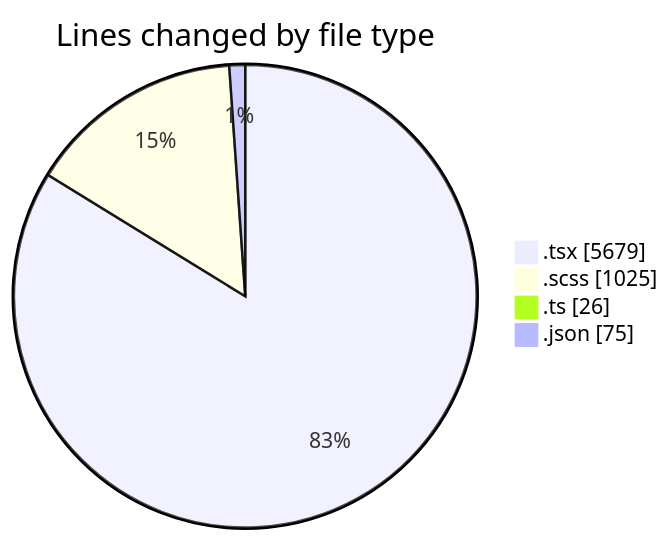
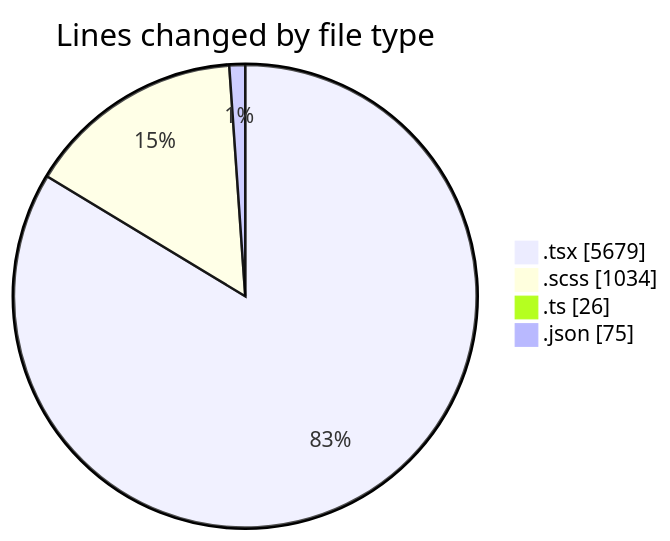
One commit to momahboobian/code-tracking changed the first of 2 diagrams in 2025-04-09/cda/README.md. Above: the diagram before and after it, drawn with Mermaid. The commit also changed other lines of this file and 1 other file, not shown here.

````diff
--- a/2025-04-09/cda/README.md
+++ b/2025-04-09/cda/README.md
@@ -43,8 +43,8 @@
 ```mermaid
 pie showData
 title Lines changed by file type
 ".tsx" : 5679
-".scss" : 1025
+".scss" : 1034
 ".ts" : 26
 ".json" : 75
 ```
````
